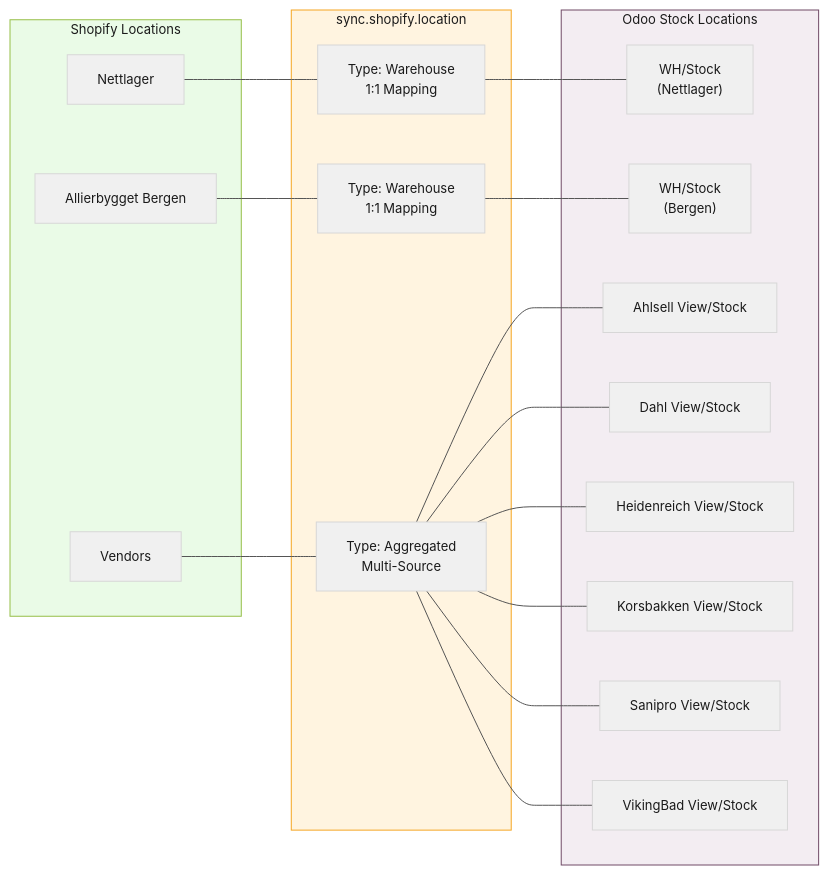
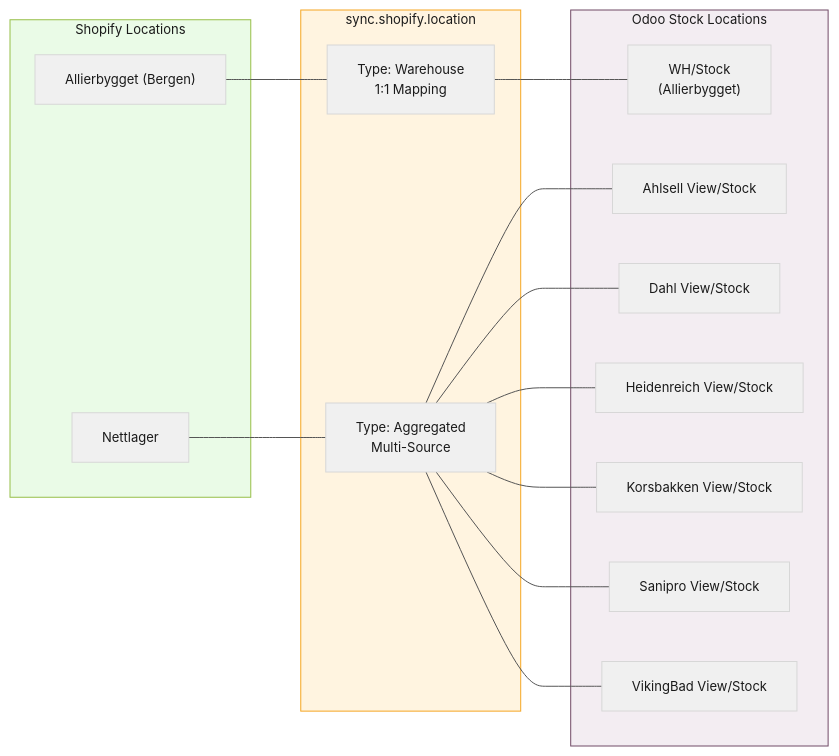
The fifth of 16 diagrams in shopify-sync-odoo-scenarios.md (ozan-droid/documents), drawn with Mermaid before and after one commit. The commit also changed other lines of this file, not shown here.

````diff
--- a/shopify-sync-odoo-scenarios.md
+++ b/shopify-sync-odoo-scenarios.md
@@ -220,40 +219,36 @@
 ```mermaid
 %%{init: {'theme': 'base', 'themeVariables': {'primaryColor': '#f0f0f0', 'primaryTextColor': '#1a1a1a', 'lineColor': '#555', 'textColor': '#1a1a1a', 'fontSize': '13px'}}}%%
 flowchart LR
     subgraph Shopify ["Shopify Locations"]
+        SA["Allierbygget (Bergen)"]
         SN["Nettlager"]
-        SA["Allierbygget Bergen"]
-        SV["Vendors"]
     end
 
     subgraph Mapping ["sync.shopify.location"]
         M1["Type: Warehouse\n1:1 Mapping"]
-        M1B["Type: Warehouse\n1:1 Mapping"]
         M2["Type: Aggregated\nMulti-Source"]
     end
 
     subgraph Odoo ["Odoo Stock Locations"]
-        OW["WH/Stock\n(Nettlager)"]
-        OWB["WH/Stock\n(Bergen)"]
+        OW["WH/Stock\n(Allierbygget)"]
         OA["Ahlsell View/Stock"]
         OD["Dahl View/Stock"]
         OH["Heidenreich View/Stock"]
         OK["Korsbakken View/Stock"]
         OS["Sanipro View/Stock"]
         OV["VikingBad View/Stock"]
     end
 
-    SN --- M1 --- OW
-    SA --- M1B --- OWB
-    SV --- M2
+    SA --- M1 --- OW
+    SN --- M2
     M2 --- OA
     M2 --- OD
     M2 --- OH
     M2 --- OK
     M2 --- OS
     M2 --- OV
 
     style Shopify fill:#eafbe7,stroke:#96bf48,color:#1a1a1a
     style Mapping fill:#fff4e0,stroke:#f5a623,color:#1a1a1a
     style Odoo fill:#f3edf2,stroke:#714b67,color:#1a1a1a
 ```
````
